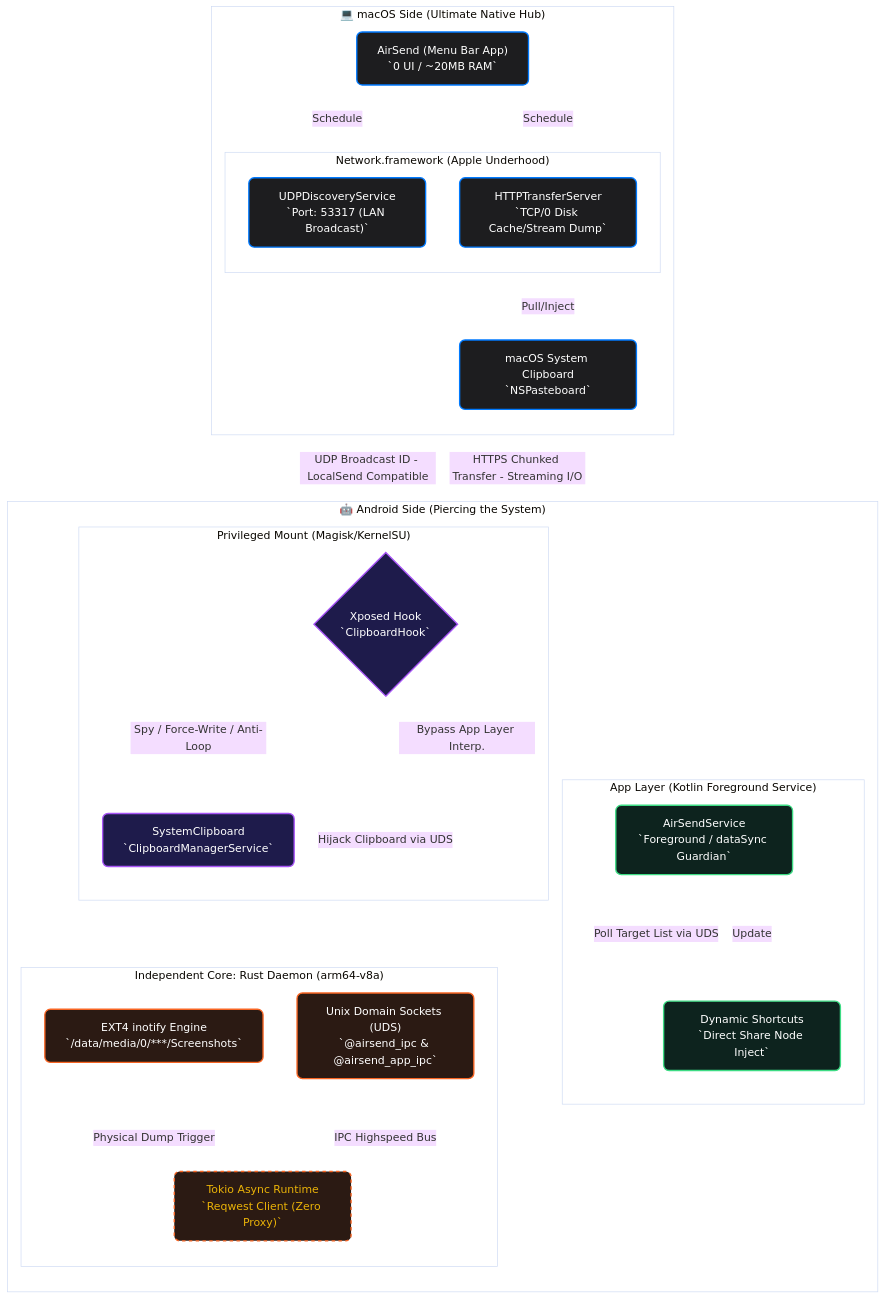
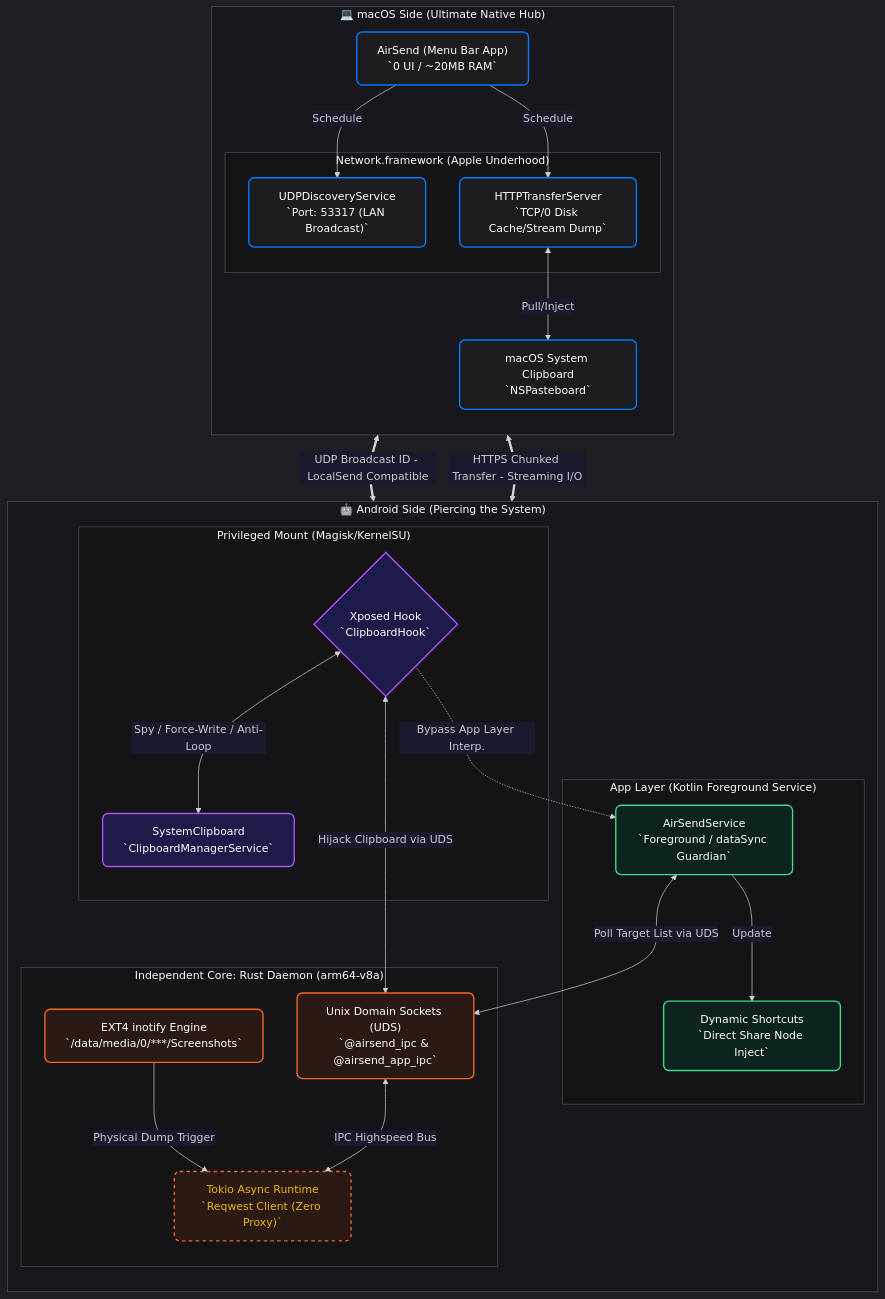
The diagram in README_en.md (Avi7ii/AirSend), drawn with Mermaid before and after one commit. The commit also changed 1 other file, not shown here.

Commit message:
fix: use dark theme for Mermaid so subgraph titles and edge labels are visible on dark BG

````diff
--- a/README_en.md
+++ b/README_en.md
@@ -59,75 +59,75 @@
 ```mermaid
-%%{init: {'theme': 'base', 'themeVariables': {'background': 'transparent', 'clusterBkg': 'transparent'}}}%%
+%%{init: {'theme': 'dark', 'themeVariables': {'background': 'transparent', 'clusterBkg': '#0d0d0d55', 'edgeLabelBackground': '#1a1a2e'}}}%%
 flowchart TB
     %% ==========================================
     %% Global Style Def (Geek Dark Theme)
     %% ==========================================
     classDef mac_node fill:#1d1d1f,stroke:#007aff,stroke-width:2px,color:#fff,rx:8px,ry:8px
     classDef android_node fill:#0d231e,stroke:#3ddc84,stroke-width:2px,color:#fff,rx:8px,ry:8px
     classDef daemon_node fill:#2b1a13,stroke:#f86523,stroke-width:2px,color:#fff,rx:8px,ry:8px
     classDef magic_node fill:#1e1b4b,stroke:#a855f7,stroke-width:2px,color:#fff,rx:8px,ry:8px
     classDef protocol_line color:#eab308,stroke-width:2px,stroke-dasharray: 5 5
 
     %% ==========================================
     %% Part 1: macOS Receiver (The Elegant Core)
     %% ==========================================
     subgraph macOS_Side ["💻 macOS Side (Ultimate Native Hub)"]
         direction TB
         MainApp["AirSend (Menu Bar App)\n`0 UI / ~20MB RAM`"]:::mac_node
         
         subgraph Mac_Network ["Network.framework (Apple Underhood)"]
             UDP_Disc["UDPDiscoveryService\n`Port: 53317 (LAN Broadcast)`"]:::mac_node
             HTTP_Trans["HTTPTransferServer\n`TCP/0 Disk Cache/Stream Dump`"]:::mac_node
         end
         
         Mac_Clipboard["macOS System Clipboard\n`NSPasteboard`"]:::mac_node
 
         MainApp -->|Schedule| UDP_Disc
         MainApp -->|Schedule| HTTP_Trans
         HTTP_Trans <-->|Pull/Inject| Mac_Clipboard
     end
 
     %% ==========================================
     %% Part 2: Android Sender (The God-Mode Engine)
     %% ==========================================
     subgraph Android_Side ["🤖 Android Side (Piercing the System)"]
         direction TB
         
         %% 2.1 Kotlin App Layer
         subgraph App_Layer ["App Layer (Kotlin Foreground Service)"]
             ForegroundSvc["AirSendService\n`Foreground / dataSync Guardian`"]:::android_node
             ShortcutManager["Dynamic Shortcuts\n`Direct Share Node Inject`"]:::android_node
             ForegroundSvc -->|Update| ShortcutManager
         end
 
         %% 2.2 Xposed/LSPosed Layer
         subgraph Magisk_Modules ["Privileged Mount (Magisk/KernelSU)"]
             LSPosedHook{"Xposed Hook\n`ClipboardHook`"}:::magic_node
             SystemClip["SystemClipboard\n`ClipboardManagerService`"]:::magic_node
             LSPosedHook <-->|Spy / Force-Write / Anti-Loop| SystemClip
             LSPosedHook -.->|Bypass App Layer Interp.| ForegroundSvc
         end
 
         %% 2.3 Rust Daemon Layer
         subgraph Rust_Daemon ["Independent Core: Rust Daemon (arm64-v8a)"]
             inotify["EXT4 inotify Engine\n`/data/media/0/***/Screenshots`"]:::daemon_node
             TokioCore["Tokio Async Runtime\n`Reqwest Client (Zero Proxy)`"]:::daemon_node
             UDSServer["Unix Domain Sockets (UDS)\n`@airsend_ipc & @airsend_app_ipc`"]:::daemon_node
             
             inotify -->|Physical Dump Trigger| TokioCore
             UDSServer <-->|IPC Highspeed Bus| TokioCore
         end
 
         %% Android Internal IPC
         %% Android Internal IPC
         ForegroundSvc <-->|Poll Target List via UDS| UDSServer
         LSPosedHook <-->|Hijack Clipboard via UDS| UDSServer
     end
 
     %% ==========================================
     %% Part 3: LAN Cross-Border
     %% ==========================================
     UDP_Disc <==>|UDP Broadcast ID - LocalSend Compatible| TokioCore:::protocol_line
     HTTP_Trans <==>|HTTPS Chunked Transfer - Streaming I/O| TokioCore:::protocol_line
 
 ```
````
